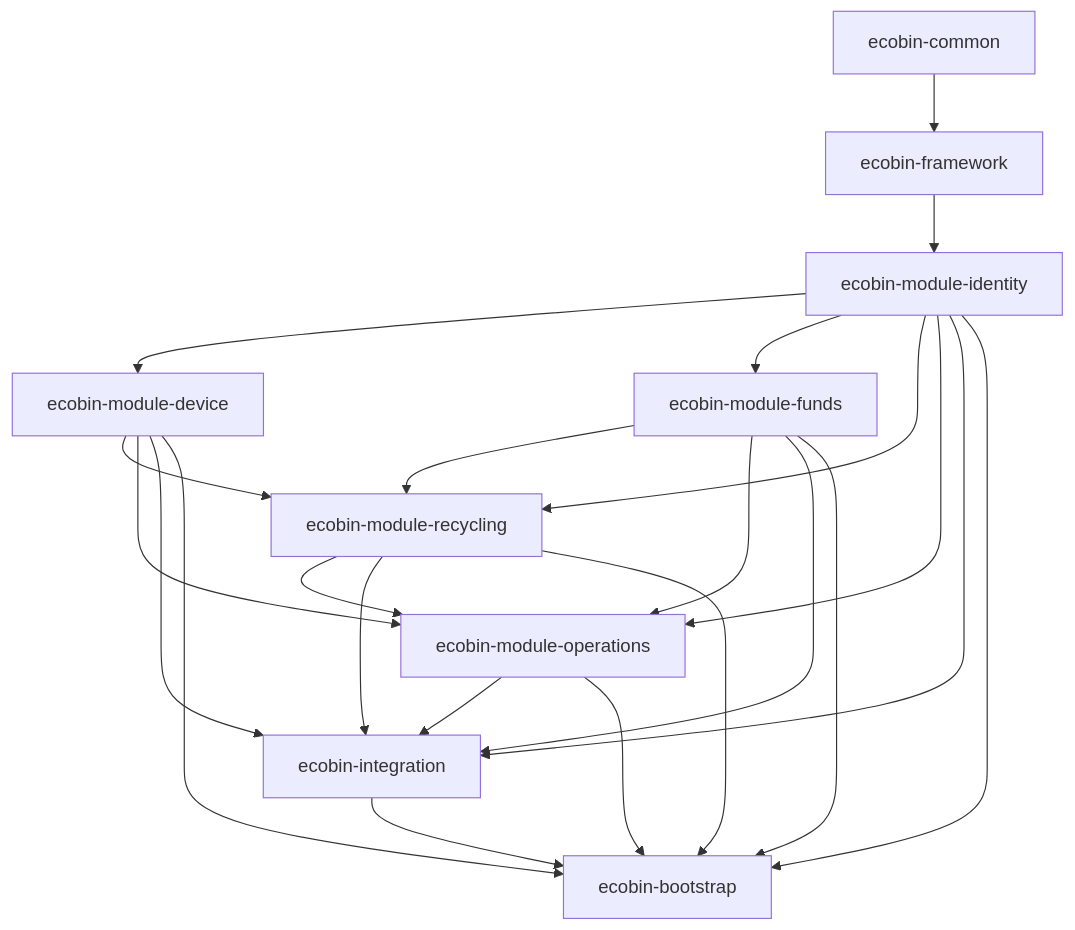
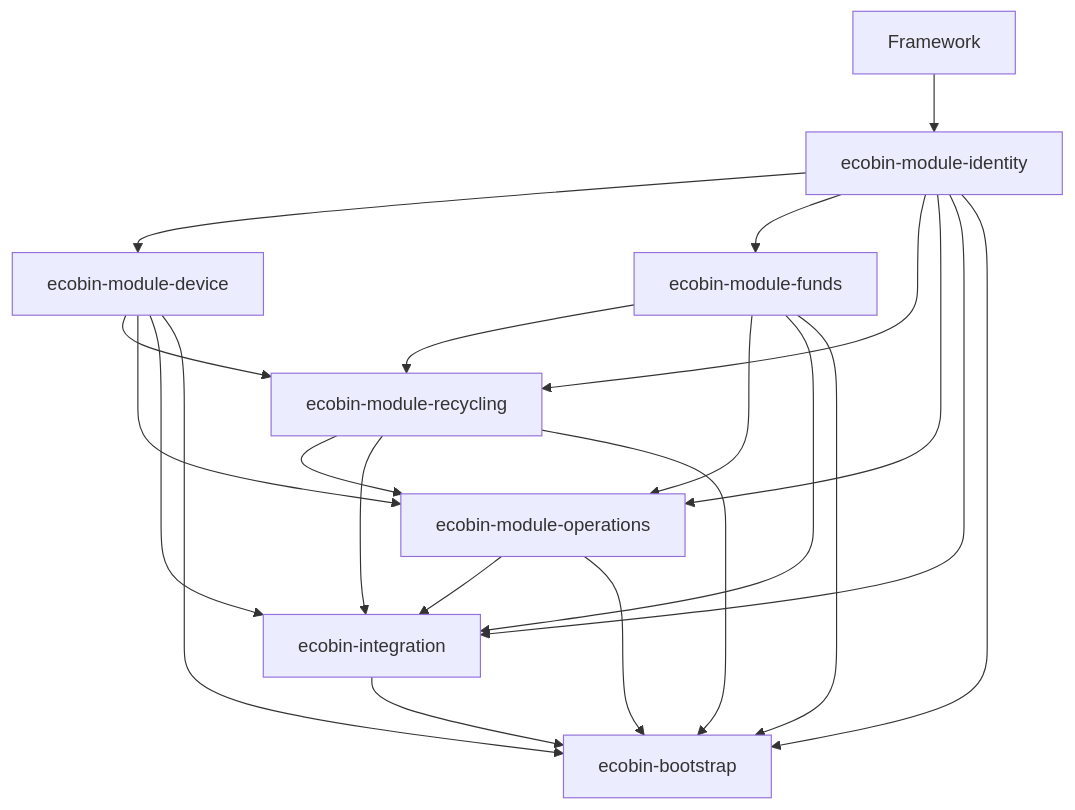
One commit to Enveloping/EcoBin changed the third of 4 diagrams in docs/planning/system-architecture-draft.md. Above: the diagram before and after it, drawn with Mermaid. The commit also changed other lines of this file and 18 other files, not shown here.

````diff
--- a/docs/planning/system-architecture-draft.md
+++ b/docs/planning/system-architecture-draft.md
@@ -490,25 +494,24 @@
 ```mermaid
 flowchart TD
-    Common[ecobin-common] --> Framework[ecobin-framework]
     Framework --> Identity[ecobin-module-identity]
     Identity --> Device[ecobin-module-device]
     Identity --> Funds[ecobin-module-funds]
     Device --> Recycling[ecobin-module-recycling]
     Funds --> Recycling
     Identity --> Recycling
     Recycling --> Operations[ecobin-module-operations]
     Device --> Operations
     Funds --> Operations
     Identity --> Operations
     Operations --> Integration[ecobin-integration]
     Recycling --> Integration
     Device --> Integration
     Funds --> Integration
     Identity --> Integration
     Integration --> Bootstrap[ecobin-bootstrap]
     Operations --> Bootstrap
     Recycling --> Bootstrap
     Device --> Bootstrap
     Funds --> Bootstrap
     Identity --> Bootstrap
 ```
````
